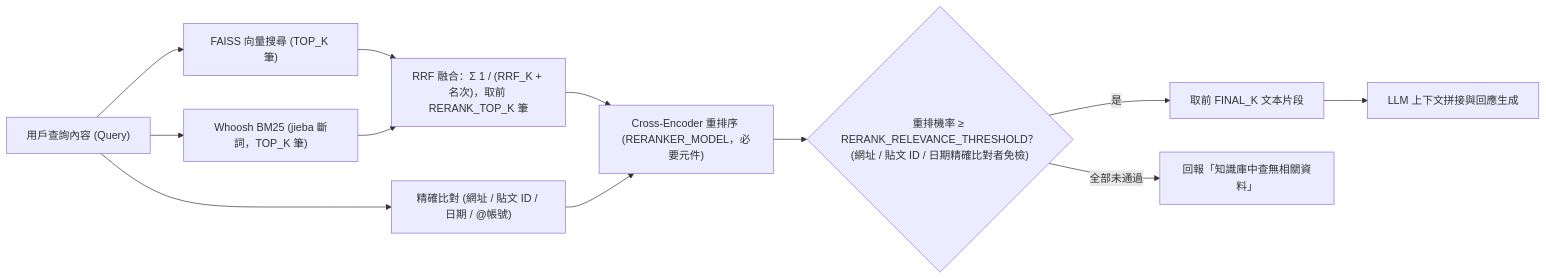
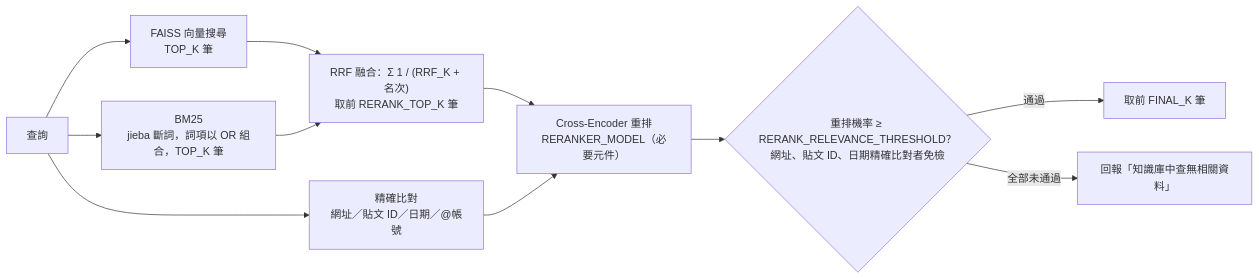
One commit to Scorpio-meow/AskMiao changed the fifth of 9 diagrams in docs/architecture.md. Above: the diagram before and after it, drawn with Mermaid. The commit also changed other lines of this file and 32 other files, not shown here.

````diff
--- a/docs/architecture.md
+++ b/docs/architecture.md
@@ -87,16 +306,13 @@
 ```mermaid
 flowchart LR
-    Query["用戶查詢內容 (Query)"] --> FAISS["FAISS 向量搜尋 (TOP_K 筆)"]
-    Query --> BM25["Whoosh BM25 (jieba 斷詞，TOP_K 筆)"]
-    Query --> Exact["精確比對 (網址 / 貼文 ID / 日期 / @帳號)"]
-
-    FAISS --> Merge["RRF 融合：Σ 1 / (RRF_K + 名次)，取前 RERANK_TOP_K 筆"]
-    BM25 --> Merge
-
-    Merge --> Reranker["Cross-Encoder 重排序 (RERANKER_MODEL，必要元件)"]
-    Exact --> Reranker
-    Reranker --> Threshold{"重排機率 ≥ RERANK_RELEVANCE_THRESHOLD？<br/>(網址 / 貼文 ID / 日期精確比對者免檢)"}
-    Threshold -->|是| TopK["取前 FINAL_K 文本片段"]
-    Threshold -->|全部未通過| NoData["回報「知識庫中查無相關資料」"]
-    TopK --> LLM["LLM 上下文拼接與回應生成"]
+    Query["查詢"] --> FAISS["FAISS 向量搜尋<br/>TOP_K 筆"]
+    Query --> BM25["BM25<br/>jieba 斷詞，詞項以 OR 組合，TOP_K 筆"]
+    Query --> Exact["精確比對<br/>網址／貼文 ID／日期／@帳號"]
+    FAISS --> RRF["RRF 融合：Σ 1 / (RRF_K + 名次)<br/>取前 RERANK_TOP_K 筆"]
+    BM25 --> RRF
+    RRF --> Rerank["Cross-Encoder 重排<br/>RERANKER_MODEL（必要元件）"]
+    Exact --> Rerank
+    Rerank --> Gate{"重排機率 ≥ RERANK_RELEVANCE_THRESHOLD？<br/>網址、貼文 ID、日期精確比對者免檢"}
+    Gate -->|通過| Top["取前 FINAL_K 筆"]
+    Gate -->|全部未通過| None["回報「知識庫中查無相關資料」"]
 ```
````
